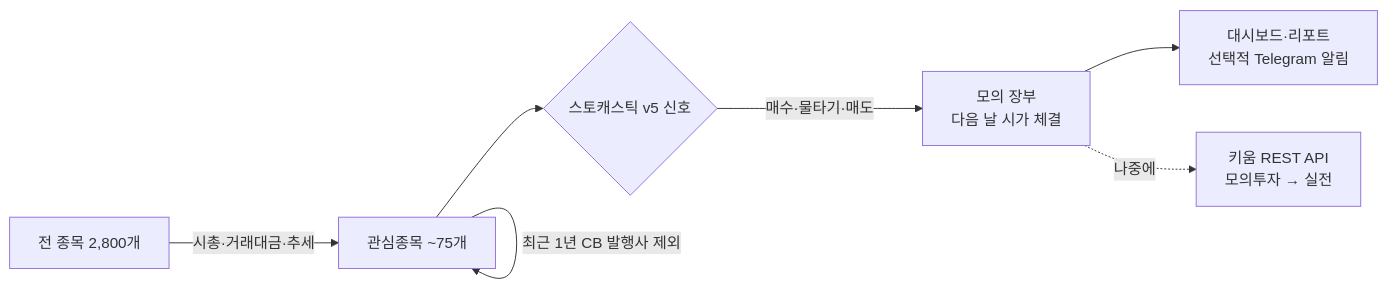
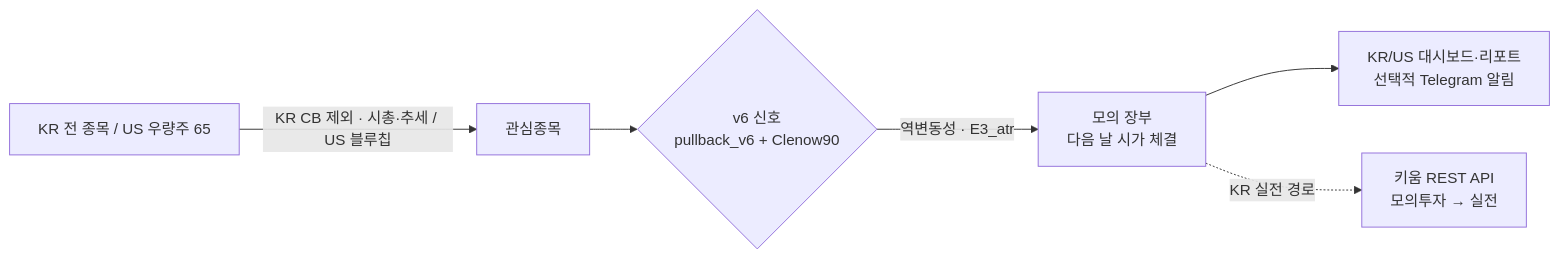
The diagram in README.md (Alpha-Crew-Labs/stock-autotrader), drawn with Mermaid before and after one commit. The commit also changed other lines of this file and 21 other files, not shown here.

Commit message:
feat: upgrade strategy to v6 (RSI2/IBS + Clenow90 + inverse-vol + E3_atr) and add KR/US multi-market support (#3)

````diff
--- a/README.md
+++ b/README.md
@@ -29,9 +29,8 @@
 ```mermaid
 flowchart LR
-    A[전 종목 2,800개] -->|시총·거래대금·추세| B[관심종목 ~75개]
-    B -->|최근 1년 CB 발행사 제외| B
-    B --> C{스토캐스틱 v5 신호}
-    C -->|매수·물타기·매도| D[모의 장부<br/>다음 날 시가 체결]
-    D --> E[대시보드·리포트<br/>선택적 Telegram 알림]
-    D -.나중에.-> F[키움 REST API<br/>모의투자 → 실전]
+    A[KR 전 종목 / US 우량주 65] -->|KR CB 제외 · 시총·추세 / US 블루칩| B[관심종목]
+    B --> C{v6 신호<br/>pullback_v6 + Clenow90}
+    C -->|역변동성 · E3_atr| D[모의 장부<br/>다음 날 시가 체결]
+    D --> E[KR/US 대시보드·리포트<br/>선택적 Telegram 알림]
+    D -.KR 실전 경로.-> F[키움 REST API<br/>모의투자 → 실전]
 ```
````
